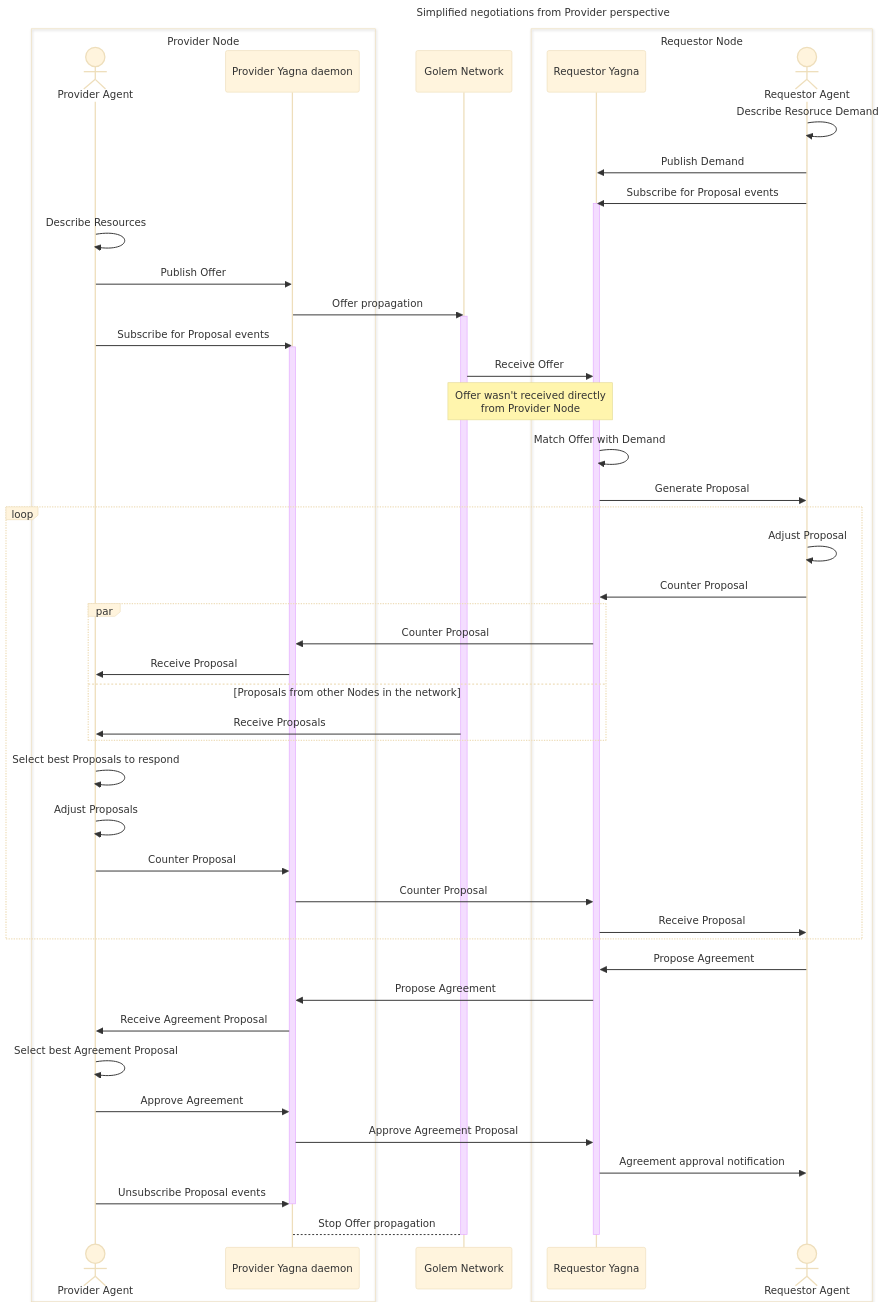
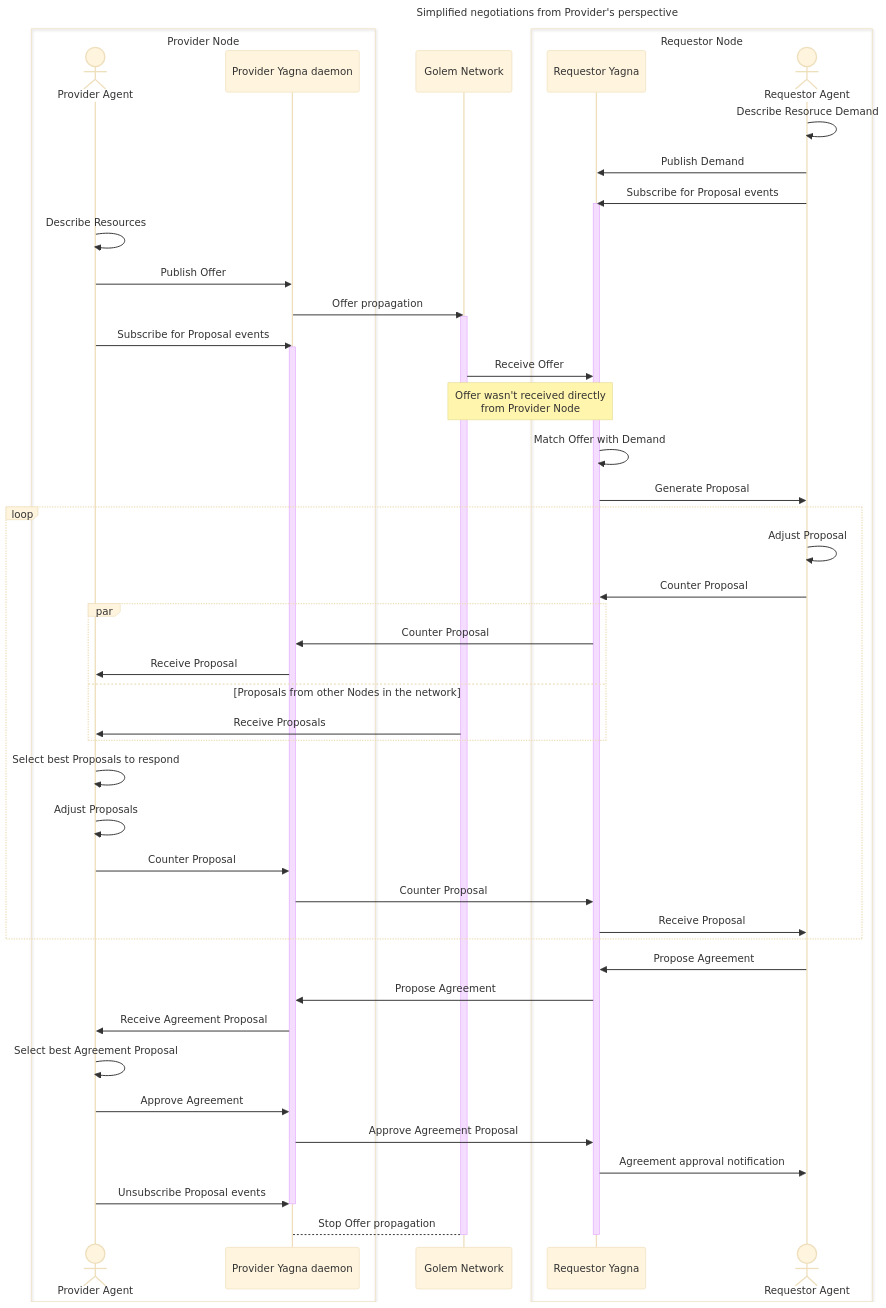
The first of 3 diagrams in arch-snapshot/arch.md (golemfactory/golem-architecture), drawn with Mermaid (base theme) before and after one commit. The commit also changed other lines of this file, not shown here.

````diff
--- a/arch-snapshot/arch.md
+++ b/arch-snapshot/arch.md
@@ -132,65 +132,65 @@
 ```mermaid
 ---
-title: Simplified negotiations from Provider perspective
+title: Simplified negotiations from Provider's perspective
 ---
 sequenceDiagram
   box Provider Node
     actor ProviderAgent as Provider Agent
     participant ProviderYagna as Provider Yagna daemon
   end
   participant GolemNetwork as Golem Network
   box Requestor Node
     participant RequestorYagna as Requestor Yagna
     actor RequestorAgent as Requestor Agent
   end
   
   RequestorAgent->>RequestorAgent: Describe Resoruce Demand
   RequestorAgent->>RequestorYagna: Publish Demand
   RequestorAgent->>RequestorYagna: Subscribe for Proposal events
   activate RequestorYagna
   
   ProviderAgent->>ProviderAgent: Describe Resources
   ProviderAgent->>ProviderYagna: Publish Offer
   ProviderYagna->>GolemNetwork: Offer propagation
   activate GolemNetwork
   ProviderAgent->>ProviderYagna: Subscribe for Proposal events
   activate ProviderYagna
   
 
   GolemNetwork->>RequestorYagna: Receive Offer
   Note over GolemNetwork,RequestorYagna: Offer wasn't received directly<br/> from Provider Node 
   RequestorYagna->>RequestorYagna: Match Offer with Demand
   RequestorYagna->>RequestorAgent: Generate Proposal
 
   loop
     RequestorAgent->>RequestorAgent: Adjust Proposal
     RequestorAgent->>RequestorYagna: Counter Proposal
     
     par
       RequestorYagna->>ProviderYagna: Counter Proposal
       ProviderYagna->>ProviderAgent: Receive Proposal
     and Proposals from other Nodes in the network
       GolemNetwork->>ProviderAgent: Receive Proposals    
     end
 
     ProviderAgent->>ProviderAgent: Select best Proposals to respond
     ProviderAgent->>ProviderAgent: Adjust Proposals
     ProviderAgent->>ProviderYagna: Counter Proposal
     ProviderYagna->>RequestorYagna: Counter Proposal
     RequestorYagna->>RequestorAgent: Receive Proposal
   end
 
   RequestorAgent->>RequestorYagna: Propose Agreement
   RequestorYagna->>ProviderYagna: Propose Agreement
   ProviderYagna->>ProviderAgent: Receive Agreement Proposal
   ProviderAgent->>ProviderAgent: Select best Agreement Proposal
   ProviderAgent->>ProviderYagna: Approve Agreement
   ProviderYagna->>RequestorYagna: Approve Agreement Proposal
   RequestorYagna->>RequestorAgent: Agreement approval notification
 
   ProviderAgent->>ProviderYagna: Unsubscribe Proposal events
   deactivate ProviderYagna
   ProviderYagna-->GolemNetwork: Stop Offer propagation
   deactivate GolemNetwork
   deactivate RequestorYagna
 ```
````
